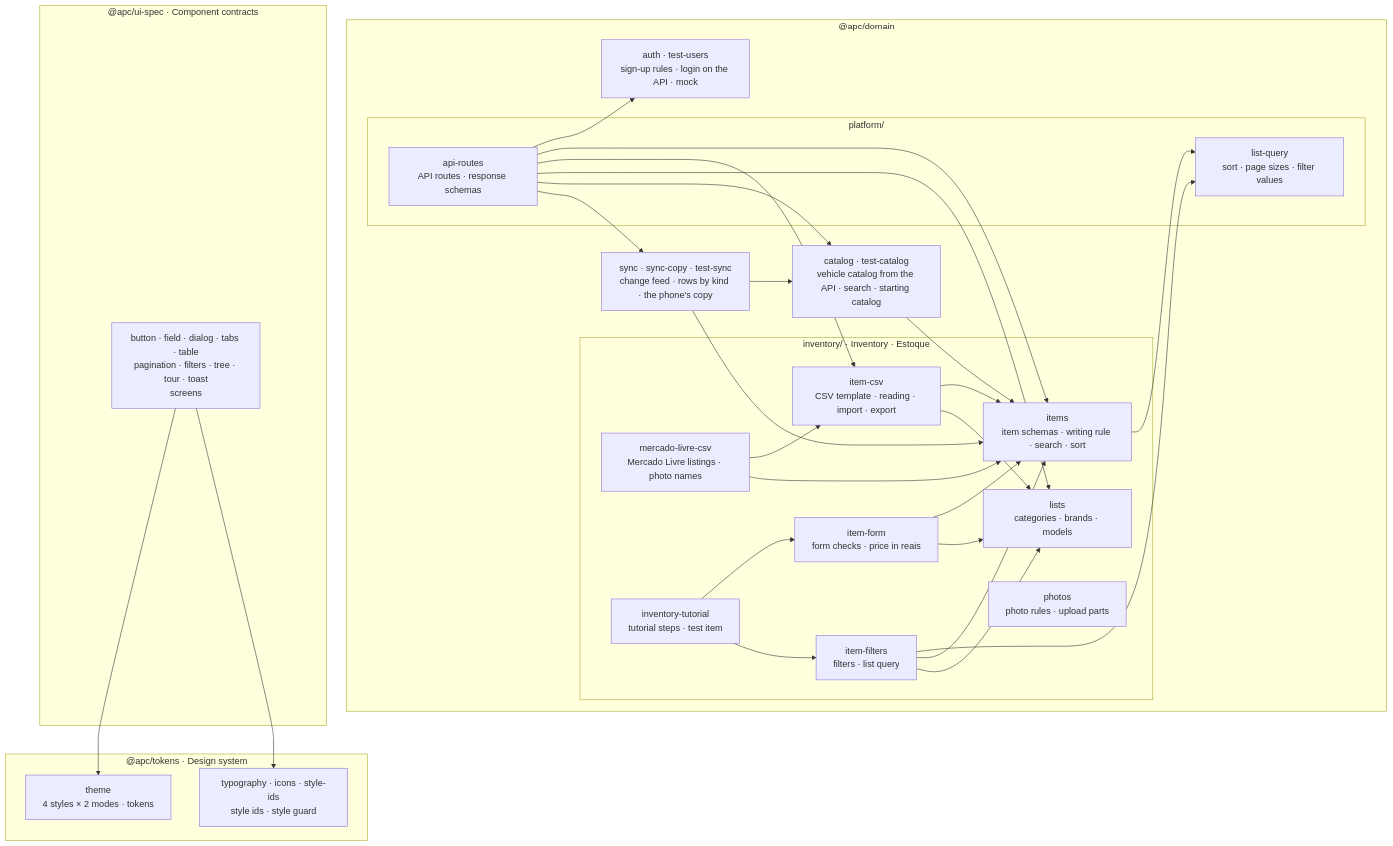
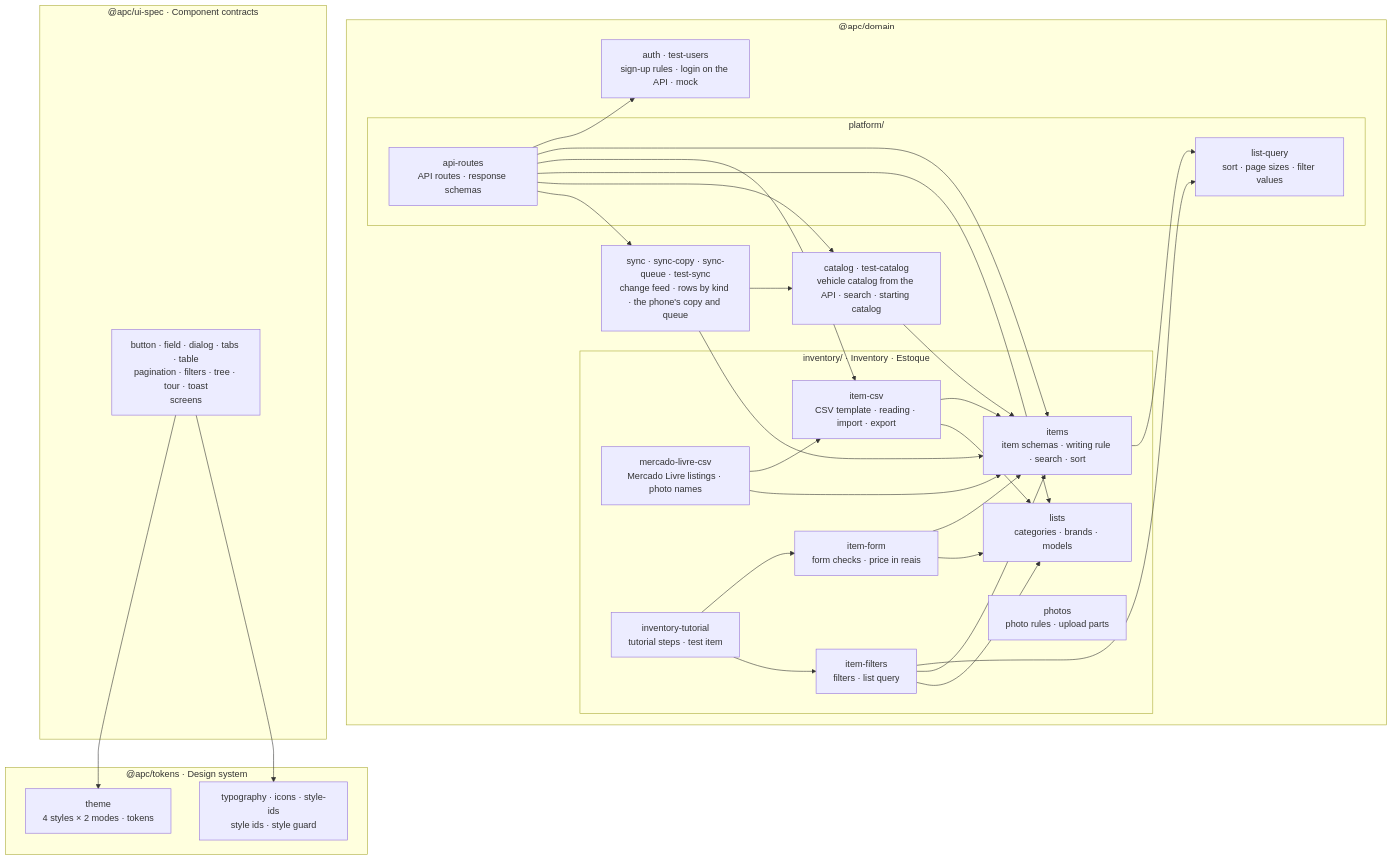
One commit to ChrisCamilo/apc-universal-repair changed the second of 9 diagrams in docs/architecture.md. Above: the diagram before and after it, drawn with Mermaid. The commit also changed other lines of this file and 1 other file, not shown here.

Commit message:
docs: Describe the phone's queue of changes and the new brand ids

````diff
--- a/docs/architecture.md
+++ b/docs/architecture.md
@@ -53,52 +53,52 @@
 ```mermaid
 flowchart TB
     subgraph domain["@apc/domain"]
         subgraph inventory["inventory/ · Inventory · Estoque"]
             items["items<br/>item schemas · writing rule · search · sort"]
             itemForm["item-form<br/>form checks · price in reais"]
             itemFilters["item-filters<br/>filters · list query"]
             itemCsv["item-csv<br/>CSV template · reading · import · export"]
             mercadoLivreCsv["mercado-livre-csv<br/>Mercado Livre listings · photo names"]
             lists["lists<br/>categories · brands · models"]
             photos["photos<br/>photo rules · upload parts"]
             tutorial["inventory-tutorial<br/>tutorial steps · test item"]
         end
         auth["auth · test-users<br/>sign-up rules · login on the API · mock"]
         catalog["catalog · test-catalog<br/>vehicle catalog from the API · search · starting catalog"]
-        sync["sync · sync-copy · test-sync<br/>change feed · rows by kind · the phone's copy"]
+        sync["sync · sync-copy · sync-queue · test-sync<br/>change feed · rows by kind · the phone's copy and queue"]
         subgraph platform["platform/"]
             apiRoutes["api-routes<br/>API routes · response schemas"]
             listQuery["list-query<br/>sort · page sizes · filter values"]
         end
     end
     subgraph tokensPackage["@apc/tokens · Design system"]
         theme["theme<br/>4 styles × 2 modes · tokens"]
         styling["typography · icons · style-ids<br/>style ids · style guard"]
     end
     subgraph uiSpec["@apc/ui-spec · Component contracts"]
         rest["button · field · dialog · tabs · table<br/>pagination · filters · tree · tour · toast<br/>screens"]
     end
     rest --> theme
     rest --> styling
     items --> listQuery
     itemFilters --> listQuery
     itemForm --> items
     itemFilters --> items
     itemCsv --> items
     itemForm --> lists
     itemFilters --> lists
     itemCsv --> lists
     mercadoLivreCsv --> itemCsv
     mercadoLivreCsv --> items
     catalog --> items
     tutorial --> itemForm
     tutorial --> itemFilters
     apiRoutes --> auth
     apiRoutes --> items
     apiRoutes --> itemCsv
     apiRoutes --> lists
     apiRoutes --> catalog
     apiRoutes --> sync
     sync --> items
     sync --> catalog
 ```
````
